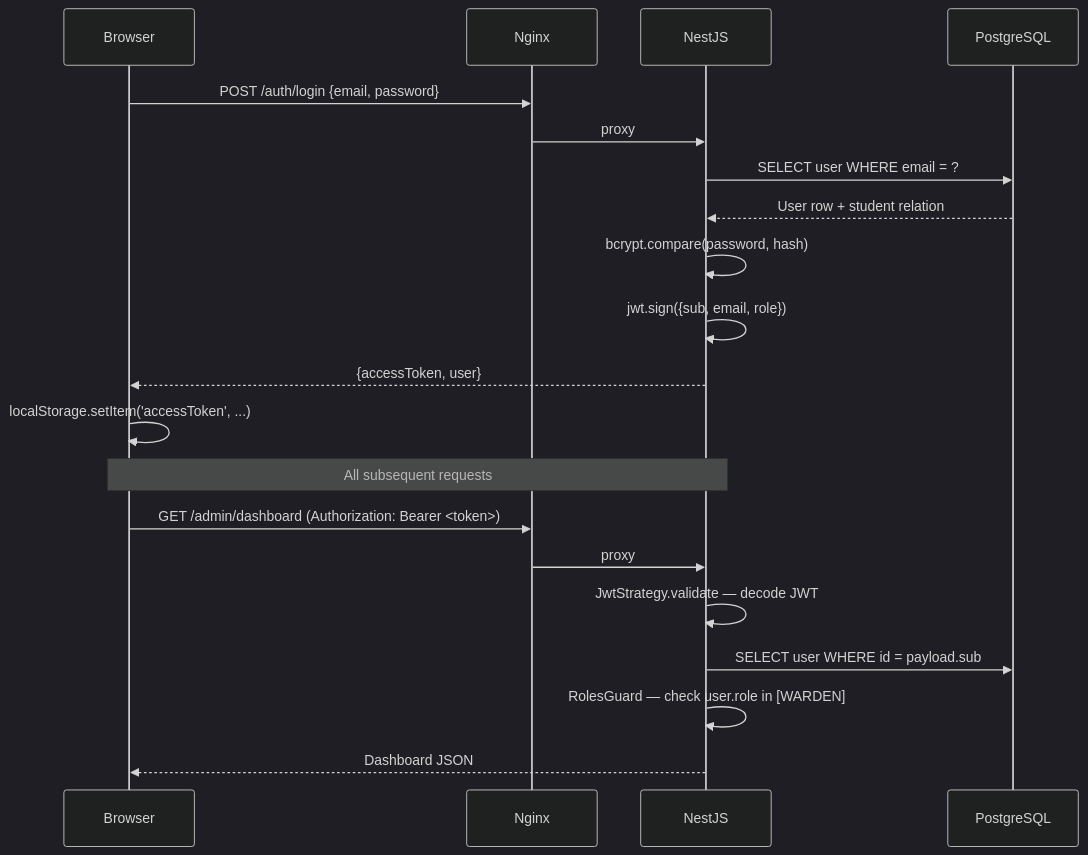
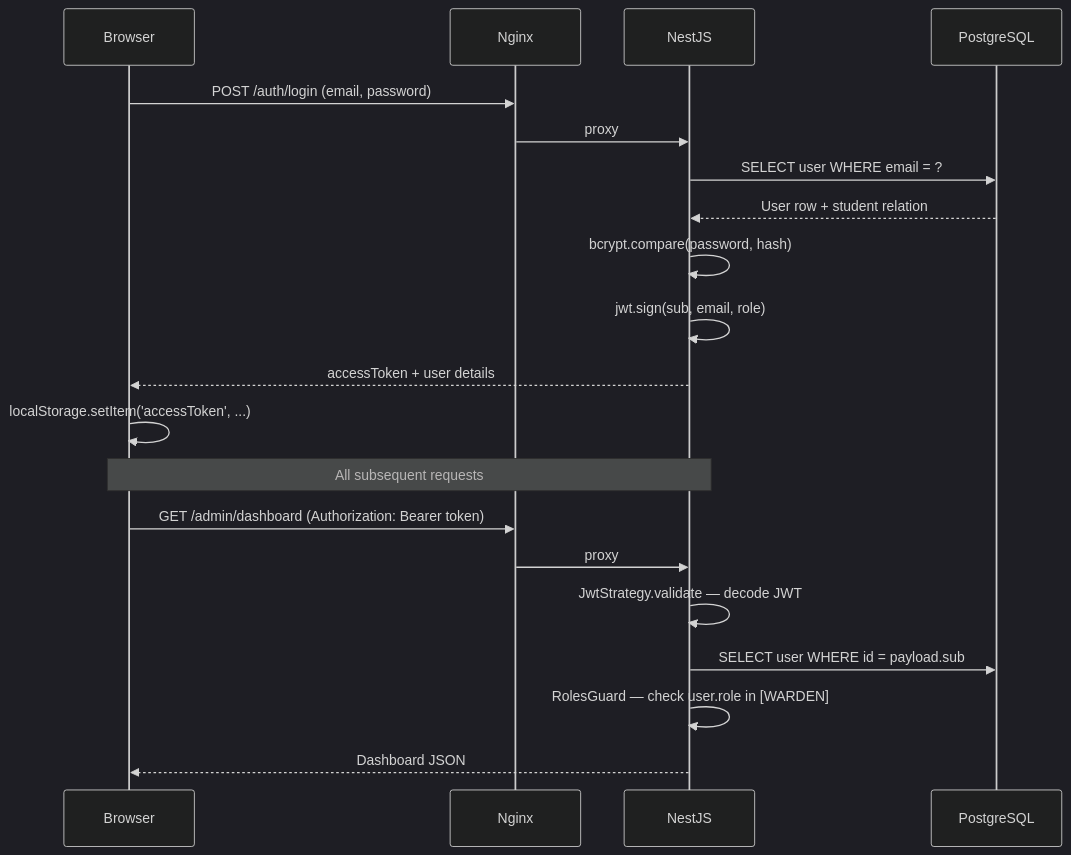
Before and after one commit to Theewebwizard/Hostel-allocation-official: the second of 5 diagrams in README.md, drawn with Mermaid (dark theme). The commit also changed other lines of this file, not shown here.

Commit message:
docs: update README mermaid diagrams to reflect consistent run ID naming and formatting

````diff
--- a/README.md
+++ b/README.md
@@ -253,25 +253,25 @@
 ```mermaid
 sequenceDiagram
     participant Browser
     participant Nginx
     participant NestJS
     participant PostgreSQL
 
-    Browser->>Nginx: POST /auth/login {email, password}
+    Browser->>Nginx: POST /auth/login (email, password)
     Nginx->>NestJS: proxy
     NestJS->>PostgreSQL: SELECT user WHERE email = ?
     PostgreSQL-->>NestJS: User row + student relation
     NestJS->>NestJS: bcrypt.compare(password, hash)
-    NestJS->>NestJS: jwt.sign({sub, email, role})
-    NestJS-->>Browser: {accessToken, user}
+    NestJS->>NestJS: jwt.sign(sub, email, role)
+    NestJS-->>Browser: accessToken + user details
     Browser->>Browser: localStorage.setItem('accessToken', ...)
 
     Note over Browser,NestJS: All subsequent requests
 
-    Browser->>Nginx: GET /admin/dashboard (Authorization: Bearer <token>)
+    Browser->>Nginx: GET /admin/dashboard (Authorization: Bearer token)
     Nginx->>NestJS: proxy
     NestJS->>NestJS: JwtStrategy.validate — decode JWT
     NestJS->>PostgreSQL: SELECT user WHERE id = payload.sub
     NestJS->>NestJS: RolesGuard — check user.role in [WARDEN]
     NestJS-->>Browser: Dashboard JSON
 ```
````
